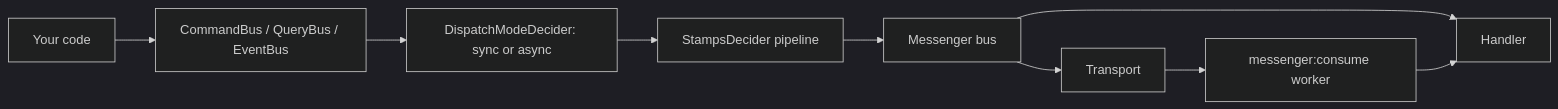
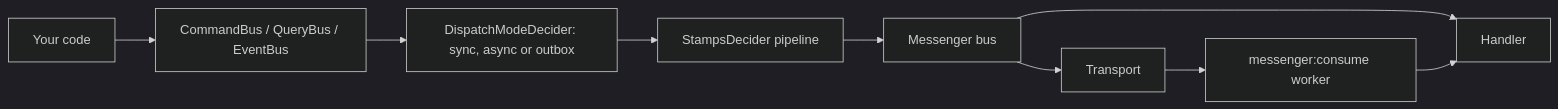
The diagram in README.md (somework/cqrs), drawn with Mermaid (dark theme) before and after one commit. The commit also changed 25 other files, not shown here.

````diff
--- a/README.md
+++ b/README.md
@@ -23,11 +23,11 @@
 ```mermaid
 flowchart LR
     A[Your code] --> B[CommandBus / QueryBus / EventBus]
-    B --> C[DispatchModeDecider: sync or async]
+    B --> C[DispatchModeDecider: sync, async or outbox]
     C --> D[StampsDecider pipeline]
     D --> E[Messenger bus]
     E --> F[Handler]
     E --> G[Transport]
     G --> H[messenger:consume worker]
     H --> F
 ```
````
